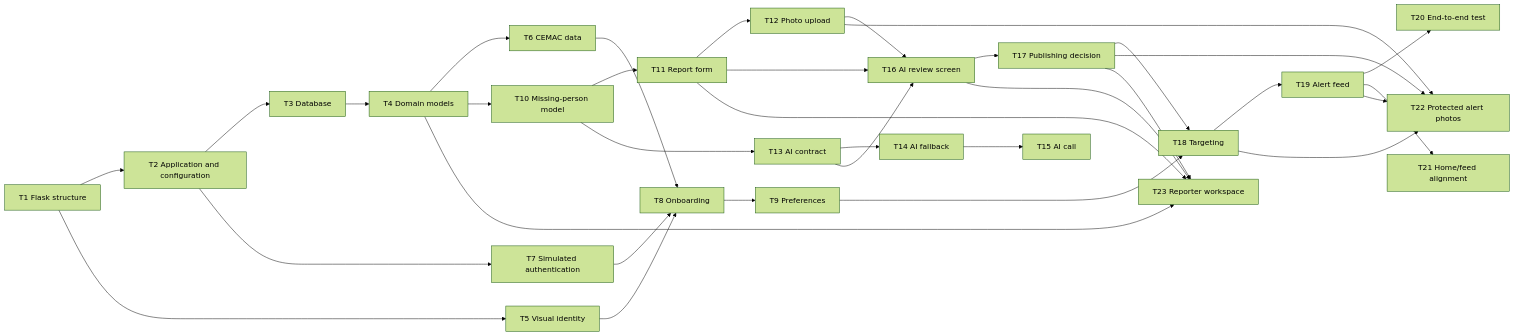
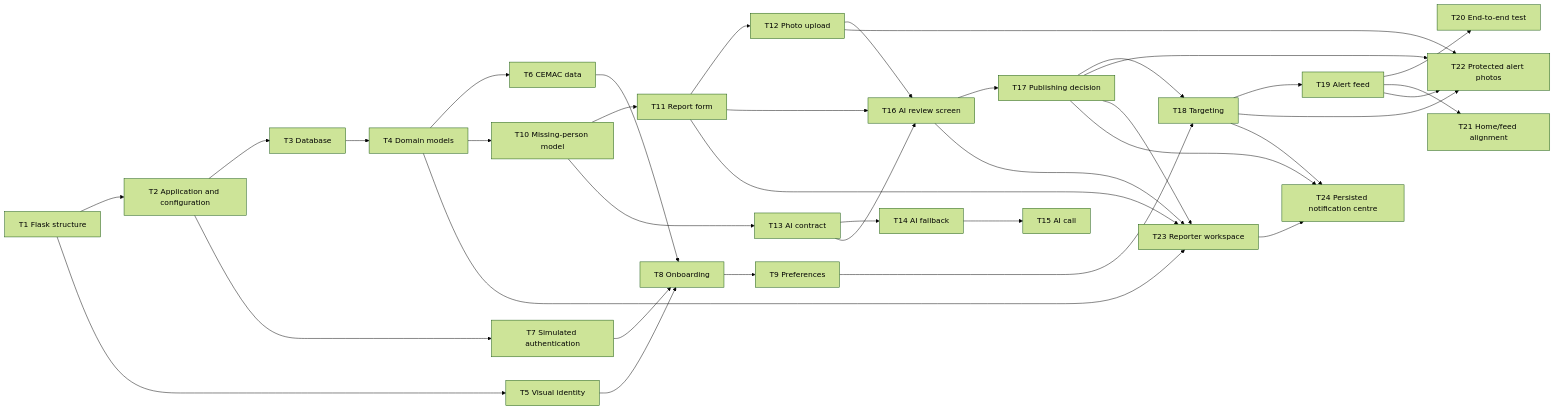
The diagram in RoadMap-SAVE-US_EN.md (Donaldpicsou/SAVE-US), drawn with Mermaid (forest theme) before and after one commit. The commit also changed other lines of this file and 12 other files, not shown here.

````diff
--- a/RoadMap-SAVE-US_EN.md
+++ b/RoadMap-SAVE-US_EN.md
@@ -11,36 +11,39 @@
 ```mermaid
 flowchart LR
   T1["T1 Flask structure"] --> T2["T2 Application and configuration"]
   T2 --> T3["T3 Database"]
   T3 --> T4["T4 Domain models"]
   T1 --> T5["T5 Visual identity"]
   T4 --> T6["T6 CEMAC data"]
   T2 --> T7["T7 Simulated authentication"]
   T5 --> T8["T8 Onboarding"]
   T6 --> T8
   T7 --> T8
   T8 --> T9["T9 Preferences"]
   T4 --> T10["T10 Missing-person model"]
   T10 --> T11["T11 Report form"]
   T11 --> T12["T12 Photo upload"]
   T10 --> T13["T13 AI contract"]
   T13 --> T14["T14 AI fallback"]
   T14 --> T15["T15 AI call"]
   T11 --> T16["T16 AI review screen"]
   T12 --> T16
   T13 --> T16
   T16 --> T17["T17 Publishing decision"]
   T9 --> T18["T18 Targeting"]
   T17 --> T18
   T18 --> T19["T19 Alert feed"]
   T19 --> T20["T20 End-to-end test"]
   T19 --> T21["T21 Home/feed alignment"]
   T12 --> T22["T22 Protected alert photos"]
   T17 --> T22
   T18 --> T22
   T19 --> T22
   T4 --> T23["T23 Reporter workspace"]
   T11 --> T23
   T16 --> T23
   T17 --> T23
+  T17 --> T24["T24 Persisted notification centre"]
+  T18 --> T24
+  T23 --> T24
 ```
````
